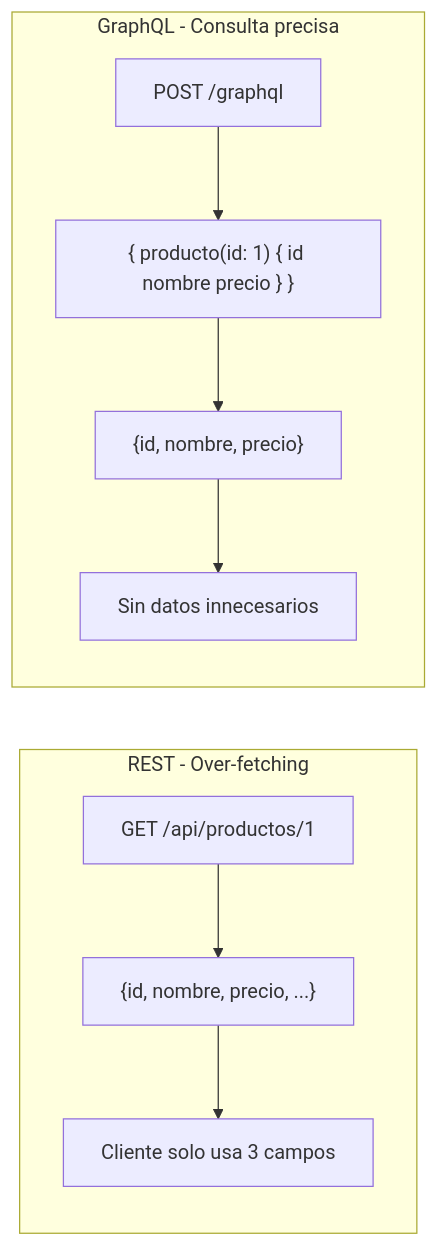
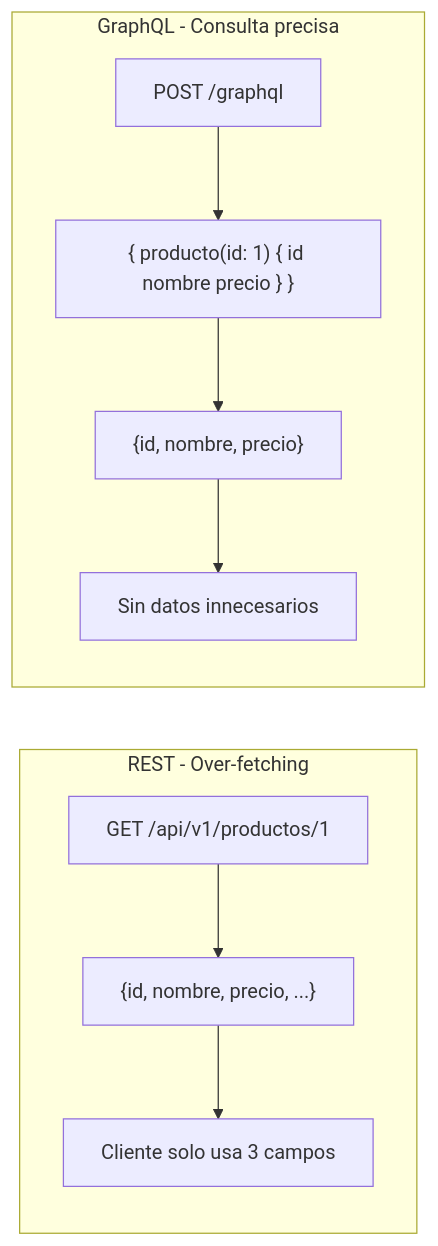
The first of 10 diagrams in doc/19-graphql.md (joseluisgs/TiendaDawApi-NetCore), drawn with Mermaid before and after one commit. The commit also changed other lines of this file and 237 other files, not shown here.

````diff
--- a/doc/19-graphql.md
+++ b/doc/19-graphql.md
@@ -33,13 +33,13 @@
 ```mermaid
 flowchart LR
     subgraph "REST - Over-fetching"
-        A1["GET /api/productos/1"] --> A2["{id, nombre, precio, ...}"]
+        A1["GET /api/v1/productos/1"] --> A2["{id, nombre, precio, ...}"]
         A2 --> A3["Cliente solo usa 3 campos"]
     end
     
     subgraph "GraphQL - Consulta precisa"
         B1["POST /graphql"] --> B2["{ producto(id: 1) { id nombre precio } }"]
         B2 --> B3["{id, nombre, precio}"]
         B3 --> B4["Sin datos innecesarios"]
     end
 ```
````
